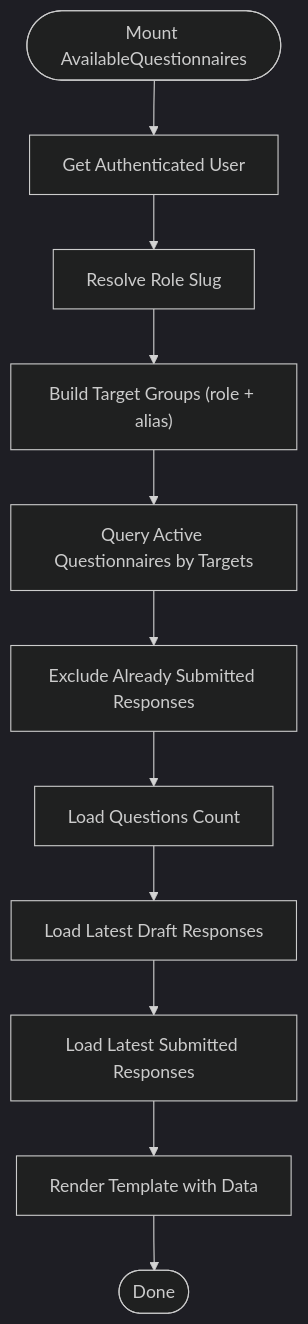
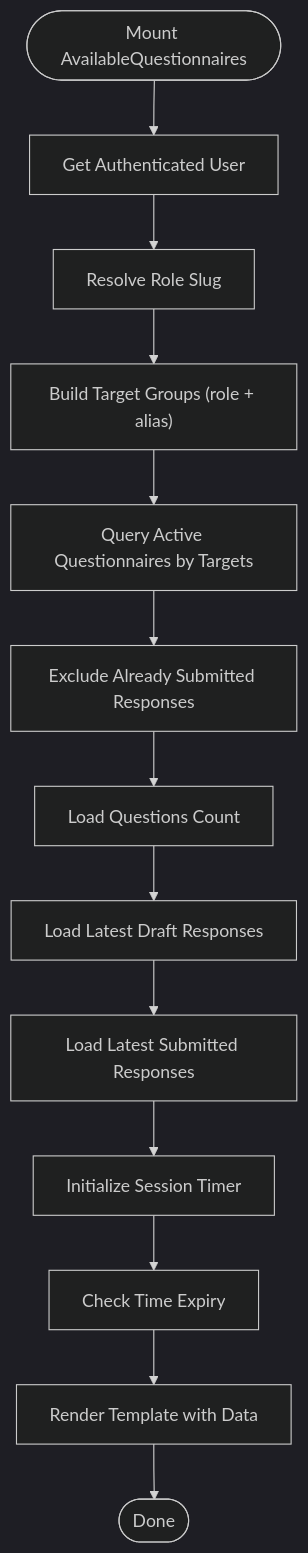
The third of 8 diagrams in .qoder/repowiki/en/content/Livewire Components/Questionnaire Filling Components.md (rudicatsmile/assesment360), drawn with Mermaid (dark theme) before and after one commit. The commit also changed other lines of this file and 6 other files, not shown here.

````diff
--- a/.qoder/repowiki/en/content/Livewire Components/Questionnaire Filling Components.md
+++ b/.qoder/repowiki/en/content/Livewire Components/Questionnaire Filling Components.md
@@ -179,13 +215,15 @@
 ```mermaid
 flowchart TD
 Start(["Mount AvailableQuestionnaires"]) --> GetUser["Get Authenticated User"]
 GetUser --> GetRole["Resolve Role Slug"]
 GetRole --> BuildTargets["Build Target Groups (role + alias)"]
 BuildTargets --> QueryActive["Query Active Questionnaires by Targets"]
 QueryActive --> FilterSubmitted["Exclude Already Submitted Responses"]
 FilterSubmitted --> LoadCounts["Load Questions Count"]
 LoadCounts --> LoadDraft["Load Latest Draft Responses"]
 LoadDraft --> LoadSubmitted["Load Latest Submitted Responses"]
-LoadSubmitted --> Render["Render Template with Data"]
+LoadSubmitted --> InitTimer["Initialize Session Timer"]
+InitTimer --> CheckExpiry["Check Time Expiry"]
+CheckExpiry --> Render["Render Template with Data"]
 Render --> End(["Done"])
 ```
````
